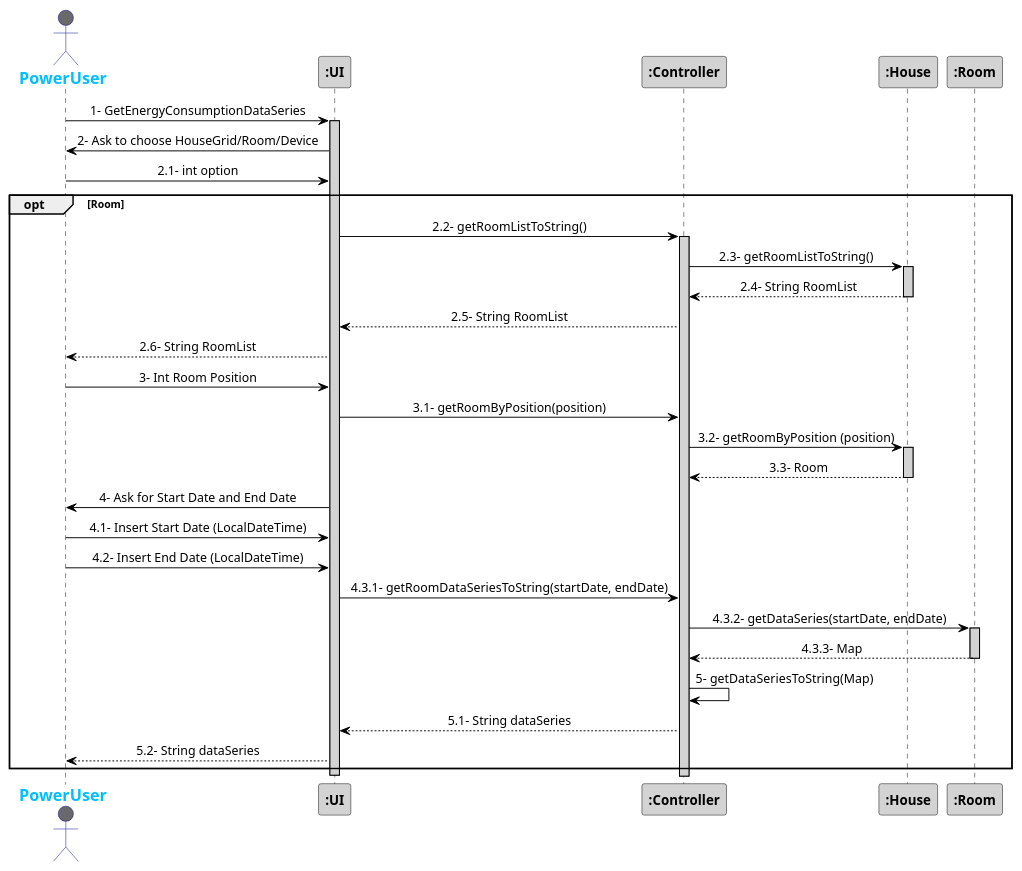
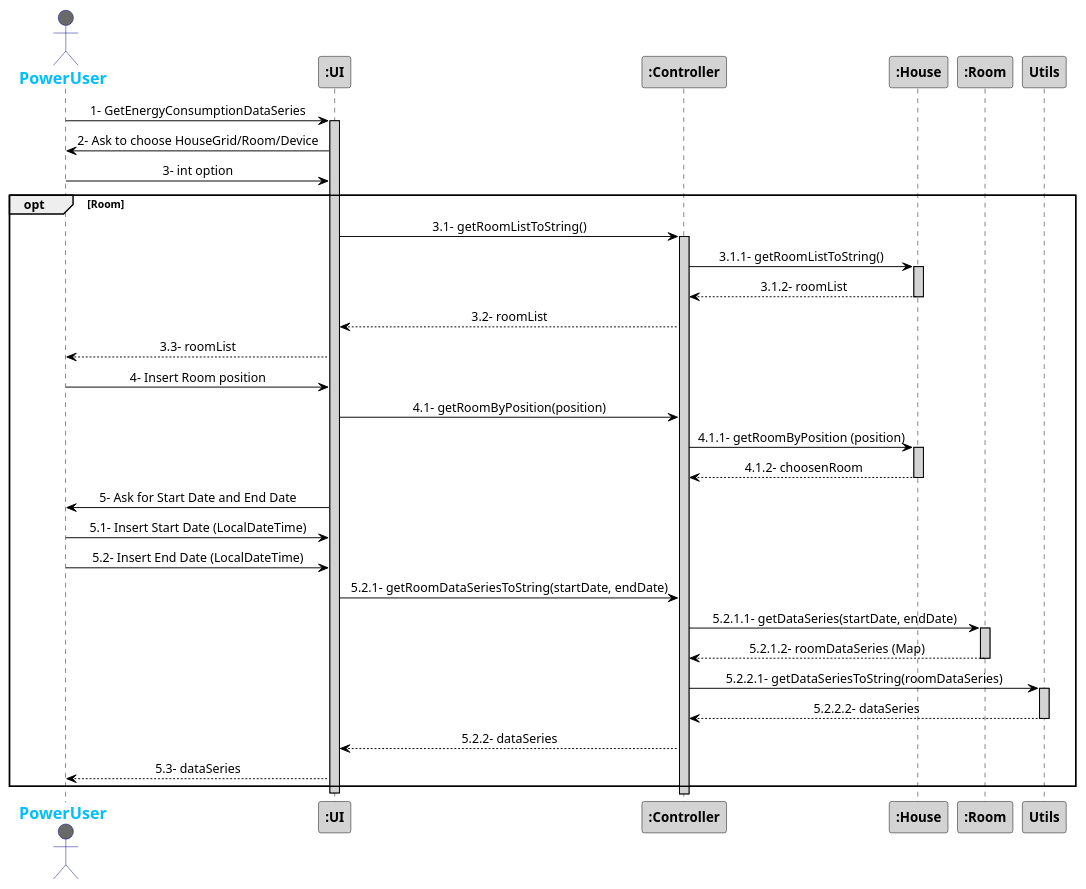
The diagram in src/Docs/Sprint3/GetEnergyConsumptionDataSeriesInterval.puml (1181687/hateoasToy), drawn with PlantUML before and after one commit.

Commit message:
Adresses #93 Changed GetEnergyConsumptionDataSeriesInterval sequence diagram

```diff
--- a/src/Docs/Sprint3/GetEnergyConsumptionDataSeriesInterval.puml
+++ b/src/Docs/Sprint3/GetEnergyConsumptionDataSeriesInterval.puml
@@ -1,57 +1,60 @@
 @startuml
 skinparam sequenceMessageAlign center
 skinparam sequence {
 	ArrowColor Black
 	ActorBorderColor DarkBlue
 	LifeLineBorderColor black
 	LifeLineBackgroundColor LightGrey
 
 	ParticipantBorderColor Black
 	ParticipantBackgroundColor LightGrey
 	ParticipantFontStyle Bold
 
 	ActorBackgroundColor DimGrey
 	ActorFontColor DeepSkyBlue
 	ActorFontStyle Bold
 	ActorFontSize 17
 	ActorFontName Aapex
 }
 
 actor PowerUser
 PowerUser -> ":UI": 1- GetEnergyConsumptionDataSeries
 activate ":UI"
 PowerUser <- ":UI": 2- Ask to choose HouseGrid/Room/Device
-PowerUser -> ":UI": 2.1- int option
+PowerUser -> ":UI": 3- int option
 opt Room
-":UI" -> ":Controller": 2.2- getRoomListToString()
+":UI" -> ":Controller": 3.1- getRoomListToString()
 activate ":Controller"
-":Controller" -> ":House": 2.3- getRoomListToString()
+":Controller" -> ":House": 3.1.1- getRoomListToString()
 activate ":House"
-":Controller" <-- ":House": 2.4- String RoomList
+":Controller" <-- ":House": 3.1.2- roomList
 deactivate ":House"
-":UI" <-- ":Controller": 2.5- String RoomList
-PowerUser <-- ":UI": 2.6- String RoomList
+":UI" <-- ":Controller": 3.2- roomList
+PowerUser <-- ":UI": 3.3- roomList
 
-PowerUser -> ":UI": 3- Int Room Position
-":UI" -> ":Controller": 3.1- getRoomByPosition(position)
-":Controller" -> ":House": 3.2- getRoomByPosition (position)
+PowerUser -> ":UI": 4- Insert Room position
+":UI" -> ":Controller": 4.1- getRoomByPosition(position)
+":Controller" -> ":House": 4.1.1- getRoomByPosition (position)
 activate ":House"
-":Controller" <-- ":House": 3.3- Room
+":Controller" <-- ":House": 4.1.2- choosenRoom
 deactivate ":House"
 
-PowerUser <- ":UI": 4- Ask for Start Date and End Date
+PowerUser <- ":UI": 5- Ask for Start Date and End Date
 
-PowerUser -> ":UI": 4.1- Insert Start Date (LocalDateTime)
-PowerUser -> ":UI": 4.2- Insert End Date (LocalDateTime)
-":UI" -> ":Controller": 4.3.1- getRoomDataSeriesToString(startDate, endDate)
-":Controller" -> ":Room": 4.3.2- getDataSeries(startDate, endDate)
+PowerUser -> ":UI": 5.1- Insert Start Date (LocalDateTime)
+PowerUser -> ":UI": 5.2- Insert End Date (LocalDateTime)
+":UI" -> ":Controller": 5.2.1- getRoomDataSeriesToString(startDate, endDate)
+":Controller" -> ":Room": 5.2.1.1- getDataSeries(startDate, endDate)
 activate ":Room"
-":Controller" <-- ":Room": 4.3.3- Map
+":Controller" <-- ":Room": 5.2.1.2- roomDataSeries (Map)
 deactivate ":Room"
-":Controller" -> ":Controller": 5- getDataSeriesToString(Map)
-":Controller" --> ":UI": 5.1- String dataSeries
-PowerUser <-- ":UI": 5.2- String dataSeries
+":Controller" -> "Utils": 5.2.2.1- getDataSeriesToString(roomDataSeries)
+activate Utils
+"Utils"-->":Controller": 5.2.2.2- dataSeries
+deactivate Utils
+":Controller" --> ":UI": 5.2.2- dataSeries
+PowerUser <-- ":UI": 5.3- dataSeries
 end
 deactivate ":UI"
 
 @enduml
```
